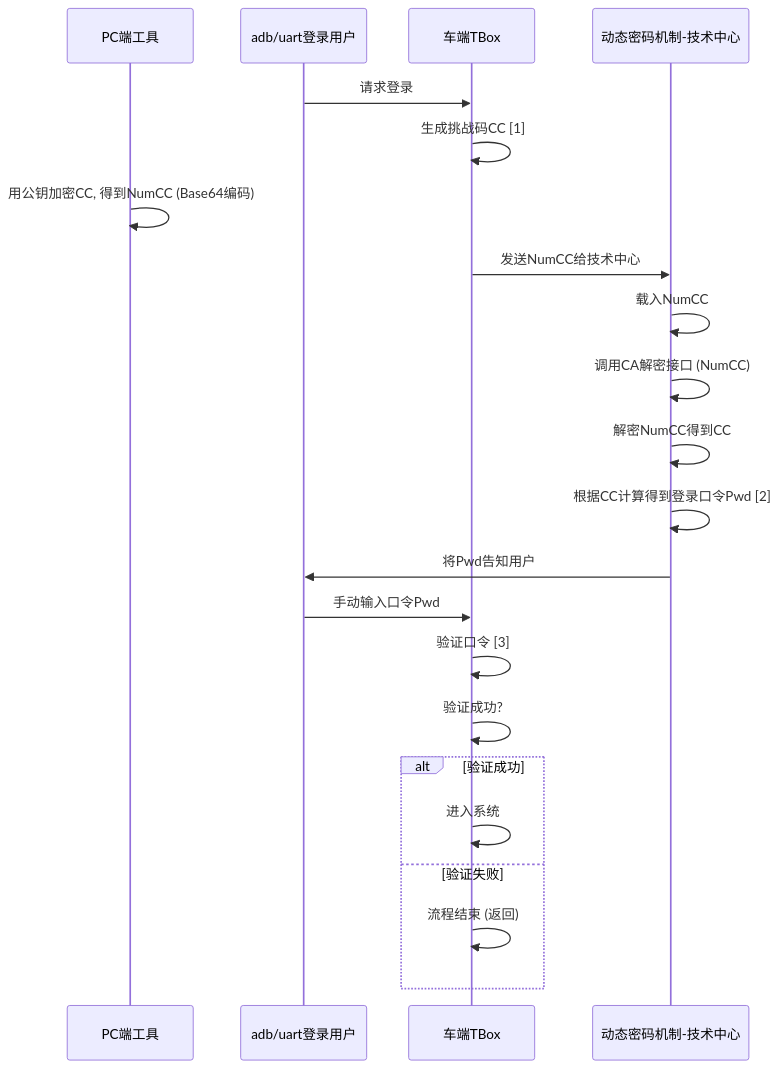
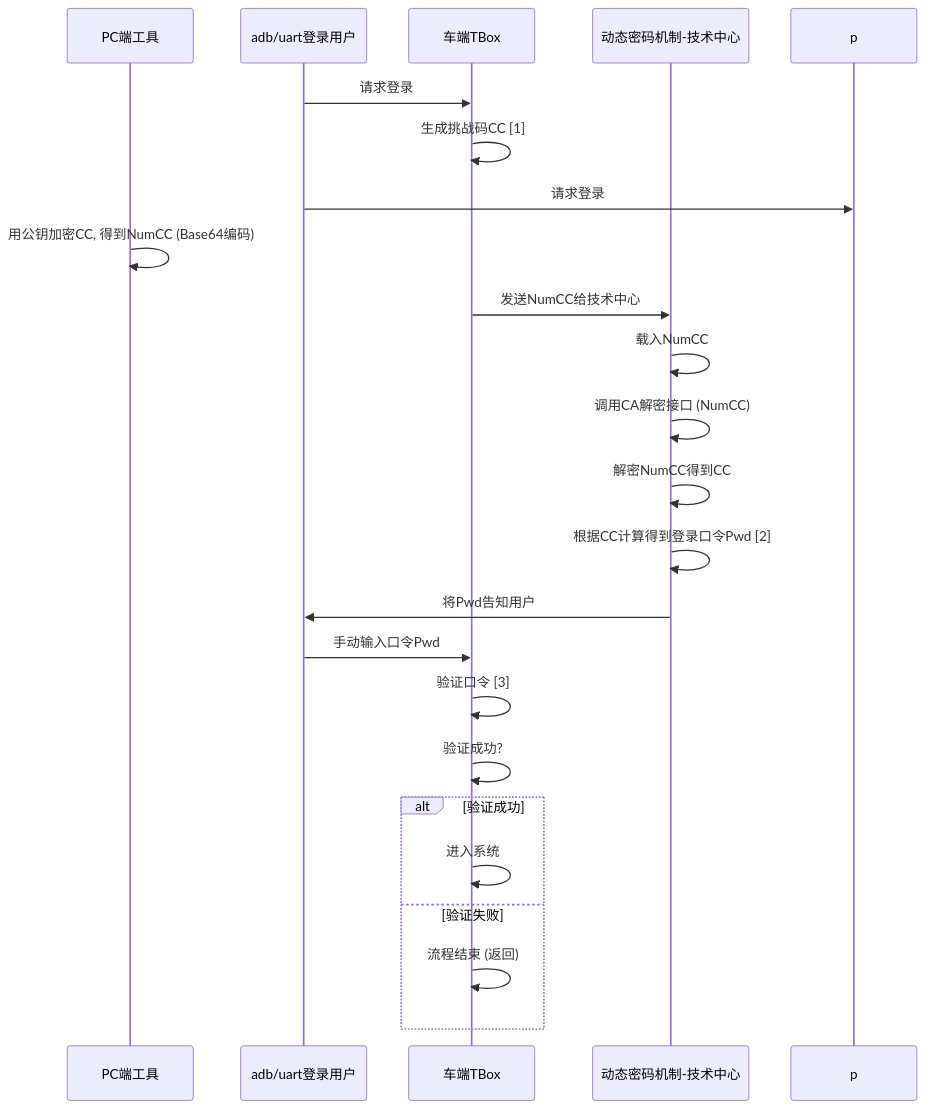
Before and after one commit to facebook-cloud/iodraw-files: the diagram in all/未命名-13.md, drawn with Mermaid.

Commit message:
2026-01-26 18:17:53 update

````diff
--- a/all/未命名-13.md
+++ b/all/未命名-13.md
@@ -1,29 +1,29 @@
 ```mermaid
 sequenceDiagram
     participant pc as PC端工具
     participant user as adb/uart登录用户
     participant tbox as 车端TBox
     participant tech_center as 动态密码机制-技术中心
   
 
     user->>tbox: 请求登录
     tbox->>tbox: 生成挑战码CC [1]
-    
+    user->>p: 请求登录
     pc->>pc: 用公钥加密CC, 得到NumCC (Base64编码)
     tbox->>tech_center: 发送NumCC给技术中心
     tech_center->>tech_center: 载入NumCC
     tech_center->>tech_center: 调用CA解密接口 (NumCC)
     tech_center->>tech_center: 解密NumCC得到CC
     tech_center->>tech_center: 根据CC计算得到登录口令Pwd [2]
     tech_center->>user: 将Pwd告知用户
     user->>tbox: 手动输入口令Pwd
     tbox->>tbox: 验证口令 [3]
     tbox->>tbox: 验证成功?
     alt 验证成功
         tbox->>tbox: 进入系统
     else 验证失败
         tbox->>tbox: 流程结束 (返回)
     end
 
 
 ```
````
